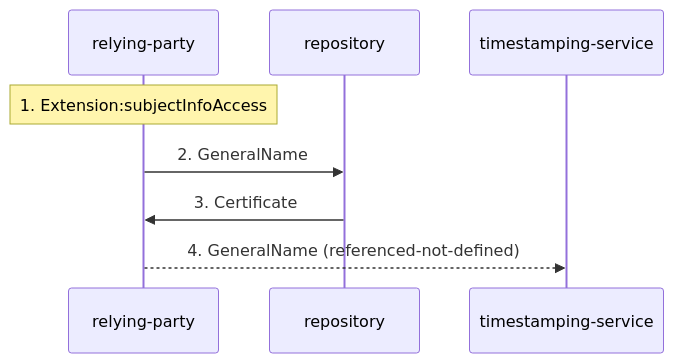
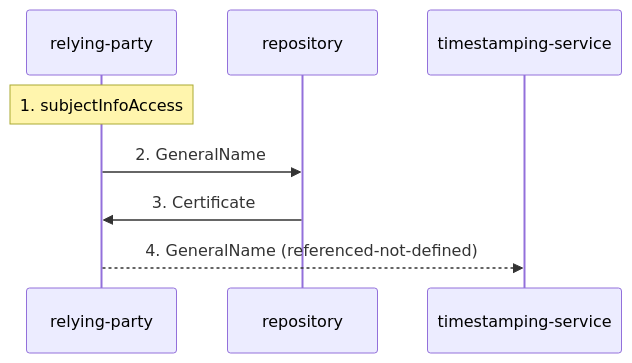
One commit to m-of-n/library changed the seventh of 15 diagrams in records/ietf/rfc-5280/distilled/protocol.md. Above: the diagram before and after it, drawn with Mermaid. The commit also changed other lines of this file and 7 other files, not shown here.

````diff
--- a/records/ietf/rfc-5280/distilled/protocol.md
+++ b/records/ietf/rfc-5280/distilled/protocol.md
@@ -268,10 +268,10 @@
 ```mermaid
 sequenceDiagram
   participant relying_party as relying-party
   participant repository as repository
   participant timestamping_service as timestamping-service
-  Note over relying_party: 1. Extension:subjectInfoAccess
+  Note over relying_party: 1. subjectInfoAccess
   relying_party->>repository: 2. GeneralName
   repository->>relying_party: 3. Certificate
   relying_party-->>timestamping_service: 4. GeneralName (referenced-not-defined)
 ```
````
